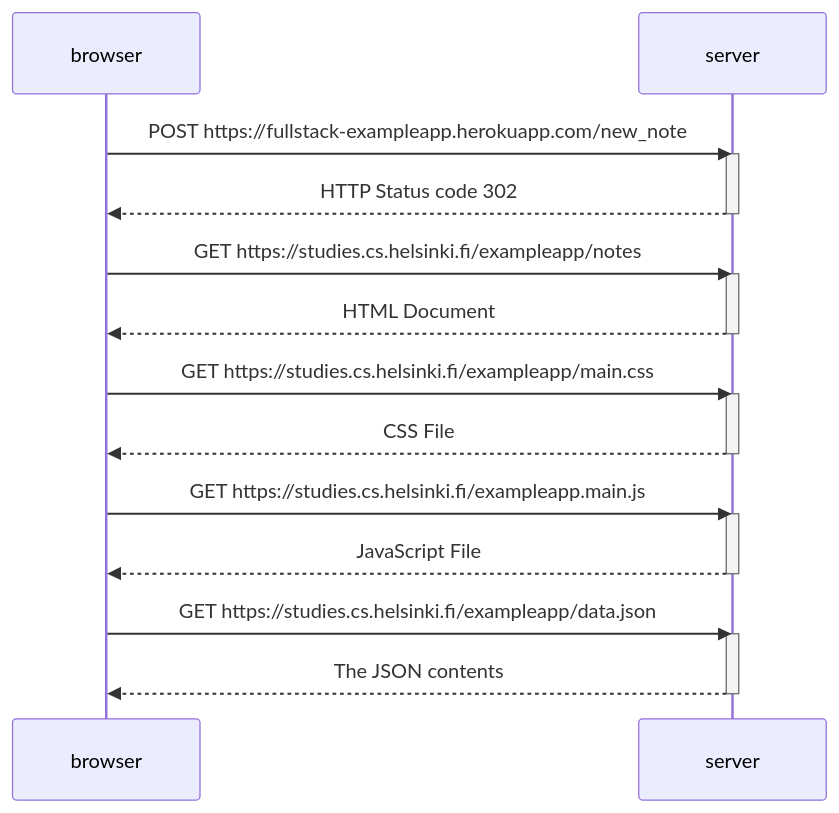
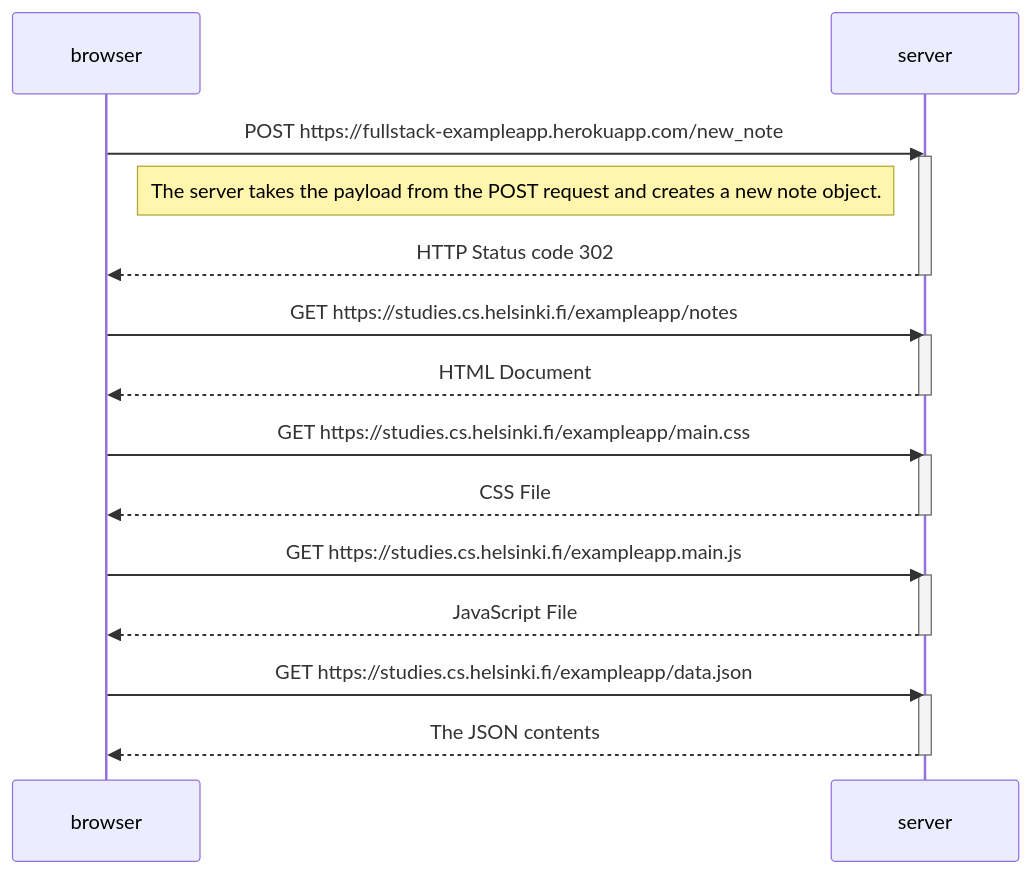
One commit to beasternienie/FullStackOpen changed the diagram in part0/new_notes_diagram.md. Above: the diagram before and after it, drawn with Mermaid.

Commit message:
Update new_notes_diagram.md
Added note regarding POST request.

````diff
--- a/part0/new_notes_diagram.md
+++ b/part0/new_notes_diagram.md
@@ -1,32 +1,35 @@
 ```mermaid
 
 sequenceDiagram
   participant browser
   participant server
 
   browser->>server: POST https://fullstack-exampleapp.herokuapp.com/new_note
   activate server
+
+  Note right of browser: The server takes the payload from the POST request and creates a new note object.
+
   server-->>browser: HTTP Status code 302
   deactivate server
 
   browser->>server: GET https://studies.cs.helsinki.fi/exampleapp/notes
   activate server
   server-->>browser: HTML Document
   deactivate server
 
   browser->>server: GET https://studies.cs.helsinki.fi/exampleapp/main.css
   activate server
   server-->>browser: CSS File
   deactivate server
 
   browser->>server: GET https://studies.cs.helsinki.fi/exampleapp.main.js
   activate server
   server-->>browser: JavaScript File
   deactivate server
 
   browser->>server: GET https://studies.cs.helsinki.fi/exampleapp/data.json
   activate server
   server-->>browser: The JSON contents
   deactivate server
 
 ```
````
